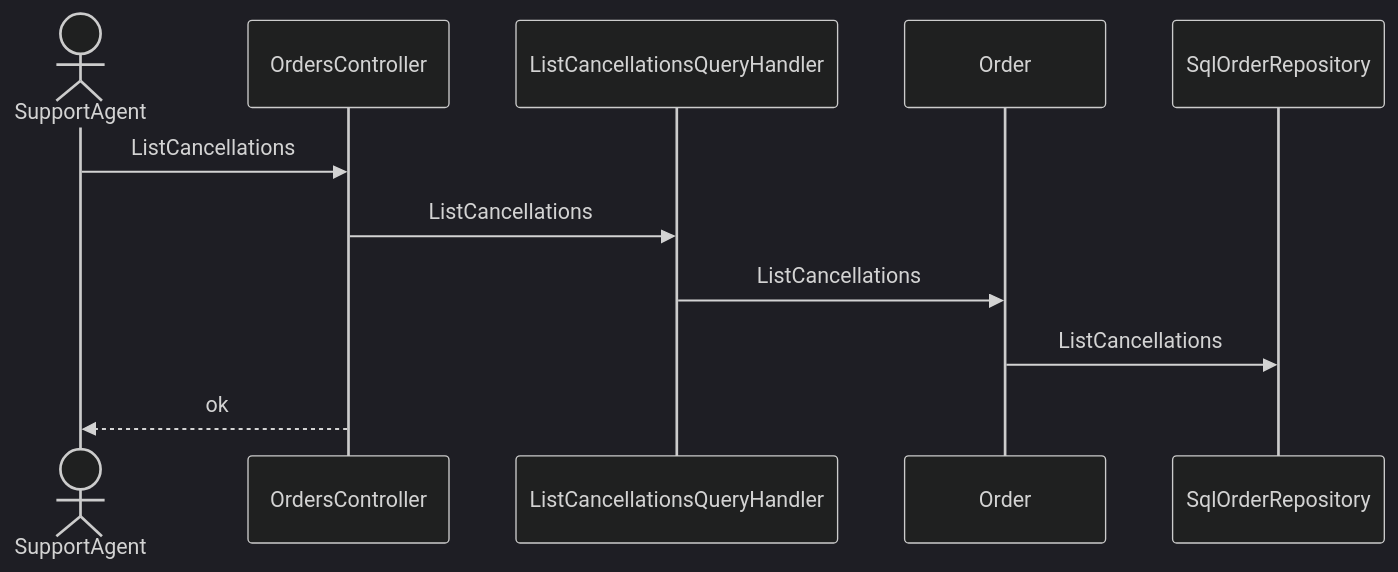
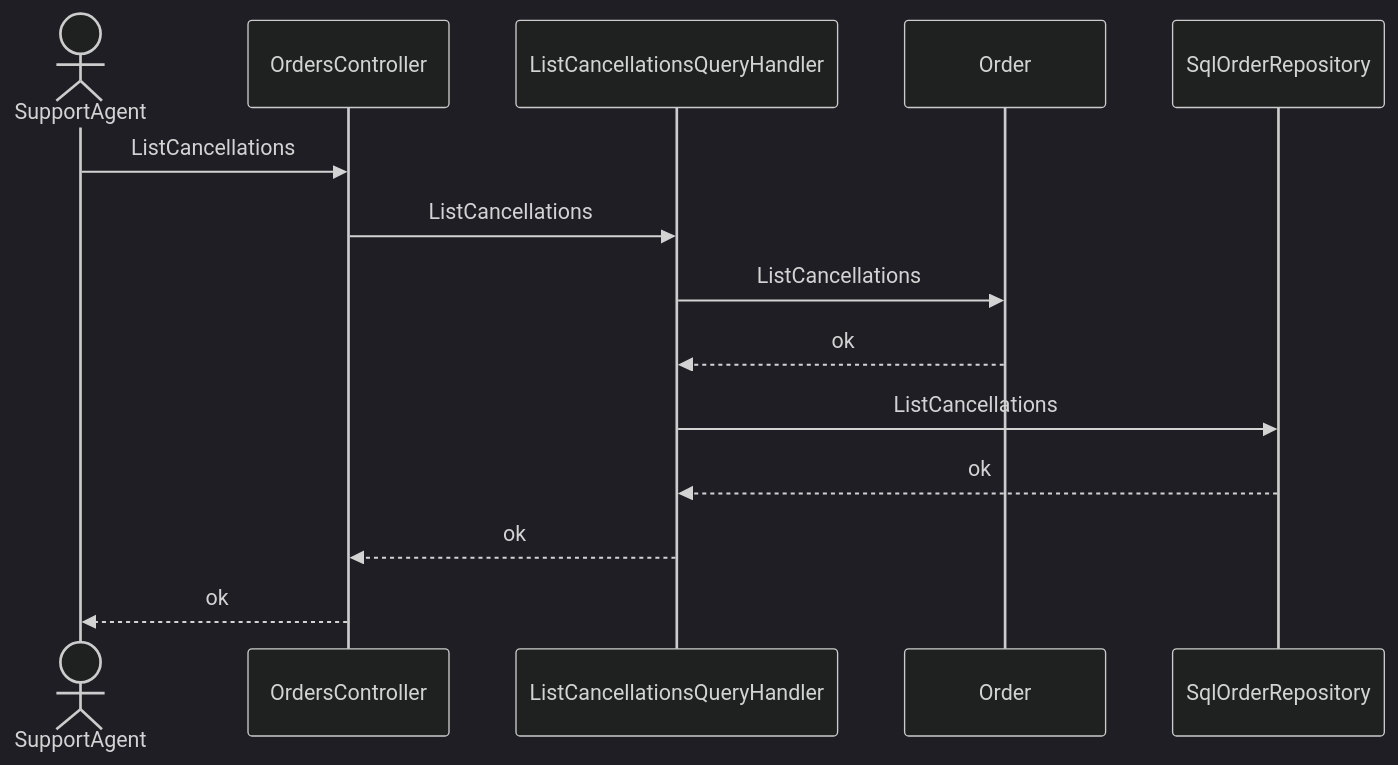
The sixth of 6 diagrams in skills/spec-dev-process/examples/matrix/be-only-mixed-s1/specs/rd/order-cancel/spec/30-architecture-c4.md (pin0513/AITools), drawn with Mermaid (dark theme) before and after one commit. The commit also changed other lines of this file and 257 other files, not shown here.

````diff
--- a/skills/spec-dev-process/examples/matrix/be-only-mixed-s1/specs/rd/order-cancel/spec/30-architecture-c4.md
+++ b/skills/spec-dev-process/examples/matrix/be-only-mixed-s1/specs/rd/order-cancel/spec/30-architecture-c4.md
@@ -116,13 +123,16 @@
 ```mermaid
 sequenceDiagram
   actor U as SupportAgent
   participant CMP001 as OrdersController
   participant CMP004 as ListCancellationsQueryHandler
   participant CMP005 as Order
   participant CMP006 as SqlOrderRepository
   U->>CMP001: ListCancellations
   CMP001->>CMP004: ListCancellations
   CMP004->>CMP005: ListCancellations
-  CMP005->>CMP006: ListCancellations
+  CMP005-->>CMP004: ok
+  CMP004->>CMP006: ListCancellations
+  CMP006-->>CMP004: ok
+  CMP004-->>CMP001: ok
   CMP001-->>U: ok
 ```
````
